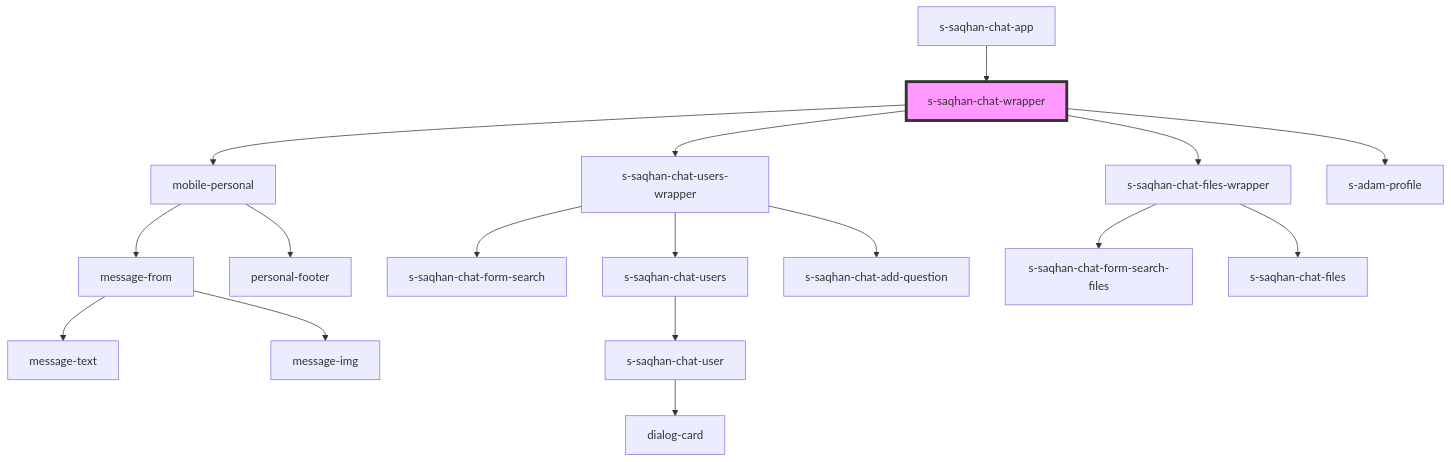
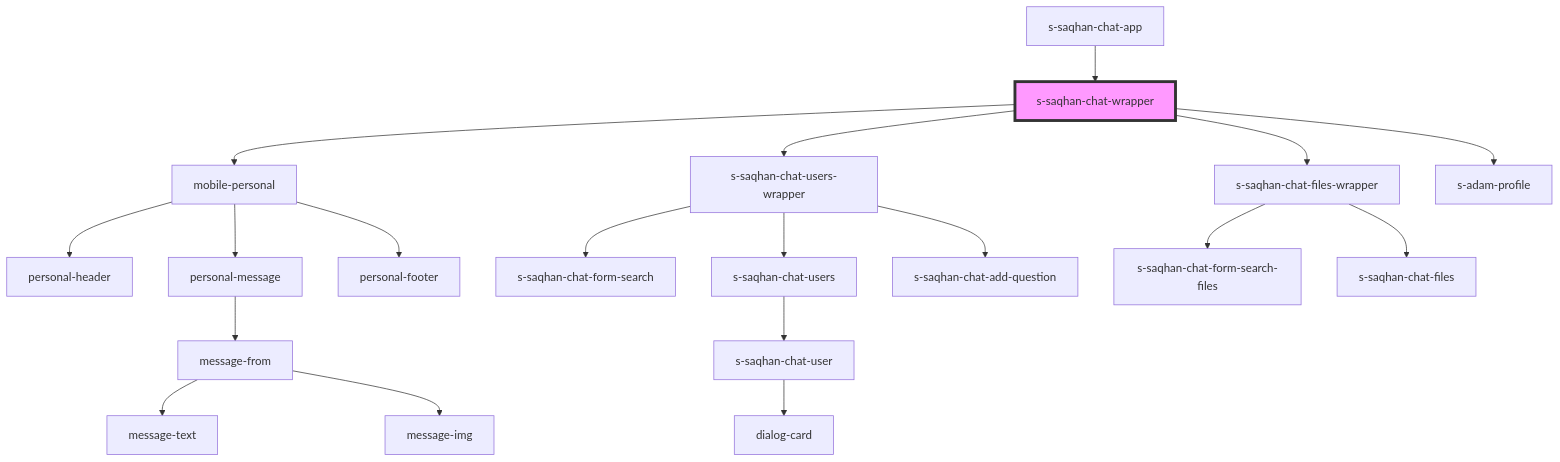
The diagram in src/components/module/module-chat/res/view/s-saqhan-chat-app/res/view/s-saqhan-chat-wrapper/readme.md (saqhan/stencil-chat), drawn with Mermaid before and after one commit. The commit also changed 16 other files, not shown here.

````diff
--- a/src/components/module/module-chat/res/view/s-saqhan-chat-app/res/view/s-saqhan-chat-wrapper/readme.md
+++ b/src/components/module/module-chat/res/view/s-saqhan-chat-app/res/view/s-saqhan-chat-wrapper/readme.md
@@ -41,20 +41,22 @@
 ```mermaid
 graph TD;
   s-saqhan-chat-wrapper --> mobile-personal
   s-saqhan-chat-wrapper --> s-saqhan-chat-users-wrapper
   s-saqhan-chat-wrapper --> s-saqhan-chat-files-wrapper
   s-saqhan-chat-wrapper --> s-adam-profile
-  mobile-personal --> message-from
+  mobile-personal --> personal-header
+  mobile-personal --> personal-message
   mobile-personal --> personal-footer
+  personal-message --> message-from
   message-from --> message-text
   message-from --> message-img
   s-saqhan-chat-users-wrapper --> s-saqhan-chat-form-search
   s-saqhan-chat-users-wrapper --> s-saqhan-chat-users
   s-saqhan-chat-users-wrapper --> s-saqhan-chat-add-question
   s-saqhan-chat-users --> s-saqhan-chat-user
   s-saqhan-chat-user --> dialog-card
   s-saqhan-chat-files-wrapper --> s-saqhan-chat-form-search-files
   s-saqhan-chat-files-wrapper --> s-saqhan-chat-files
   s-saqhan-chat-app --> s-saqhan-chat-wrapper
   style s-saqhan-chat-wrapper fill:#f9f,stroke:#333,stroke-width:4px
 ```
````
